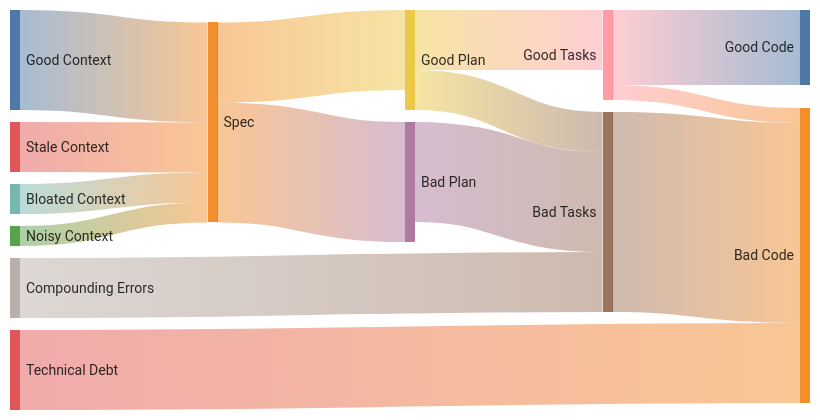
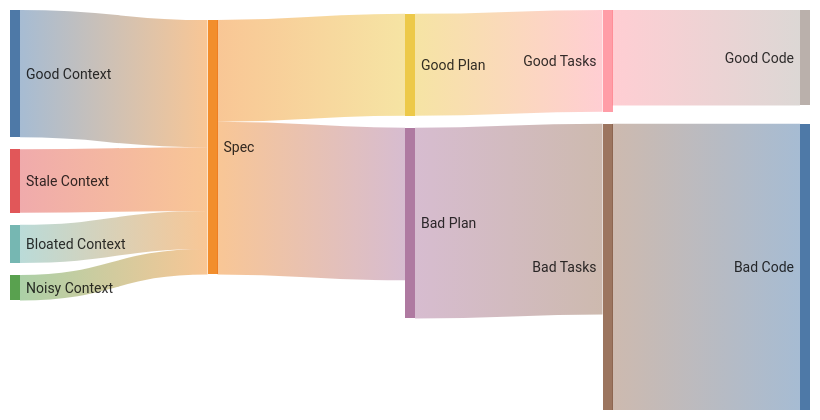
The diagram in website/docs/guides/context-engineering.md (vancetang/dotnet-copilot-rules), drawn with Mermaid before and after one commit. The commit also changed other lines of this file and 1 other file, not shown here.

````diff
--- a/website/docs/guides/context-engineering.md
+++ b/website/docs/guides/context-engineering.md
@@ -121,29 +62,25 @@
 ```mermaid
 ---
 config:
   sankey:
     showValues: false
     width: 800
     height: 400
     linkColor: gradient
 ---
 sankey-beta
 
 Good Context,Spec,100
 Stale Context,Spec,50
 Bloated Context,Spec,30
 Noisy Context,Spec,20
 
 Spec,Good Plan,80
 Spec,Bad Plan,120
 
-Good Plan,Good Tasks,60
-Good Plan,Bad Tasks,40
-Bad Plan,Bad Tasks,100
-Compounding Errors,Bad Tasks,60
+Good Plan,Good Tasks,80
+Bad Plan,Bad Tasks,150
 
-Good Tasks,Good Code,75
-Good Tasks,Bad Code,15
-Bad Tasks,Bad Code,200
-Technical Debt,Bad Code,80
+Good Tasks,Good Code, 75
+Bad Tasks,Bad Code,225
 ```
````
